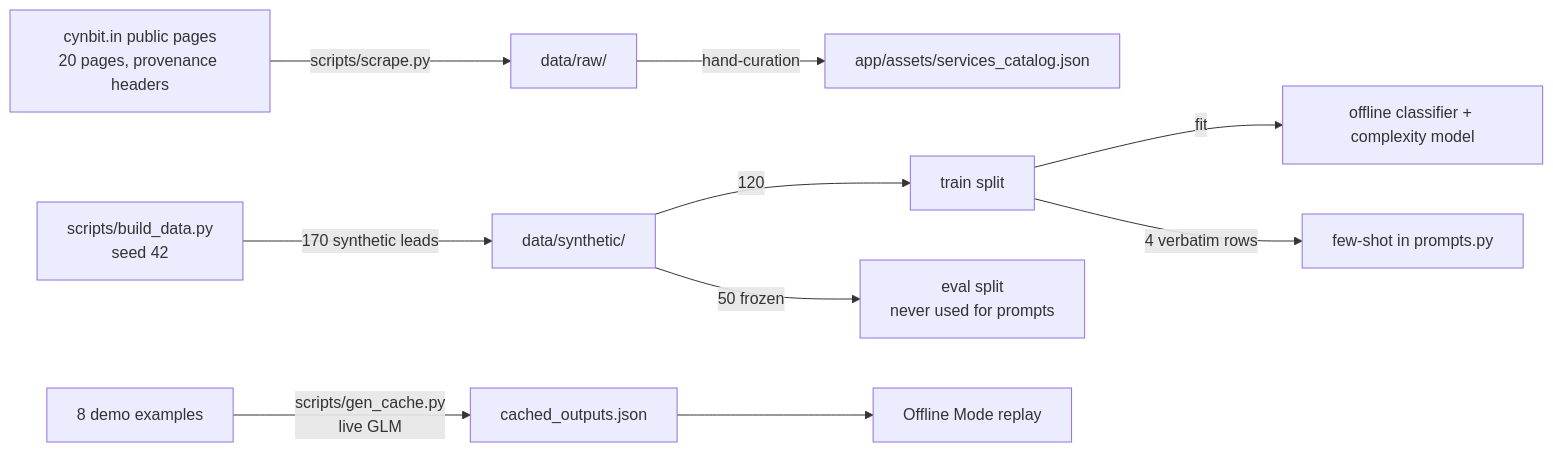
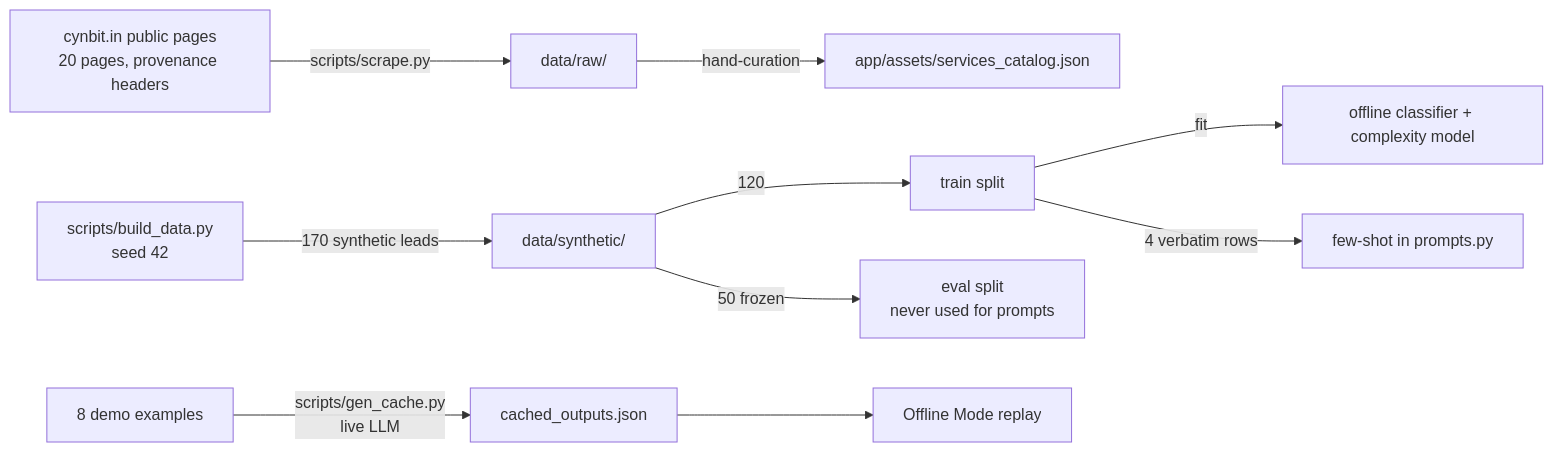
Before and after one commit to KritPrasad05/Cynbit_AI: the third of 6 diagrams in flow.md, drawn with Mermaid. The commit also changed other lines of this file and 20 other files, not shown here.

````diff
--- a/flow.md
+++ b/flow.md
@@ -55,12 +55,12 @@
 ```mermaid
 flowchart LR
     A[cynbit.in public pages<br/>20 pages, provenance headers] -->|scripts/scrape.py| B[data/raw/]
     B -->|hand-curation| C[app/assets/services_catalog.json]
     T[scripts/build_data.py<br/>seed 42] -->|170 synthetic leads| S[data/synthetic/]
     S -->|120| TR[train split]
     S -->|50 frozen| EV[eval split<br/>never used for prompts]
     TR -->|fit| CL[offline classifier + complexity model]
     TR -->|4 verbatim rows| FS[few-shot in prompts.py]
-    DEMO[8 demo examples] -->|scripts/gen_cache.py<br/>live GLM| CACHE[cached_outputs.json]
+    DEMO[8 demo examples] -->|scripts/gen_cache.py<br/>live LLM| CACHE[cached_outputs.json]
     CACHE --> OFF[Offline Mode replay]
 ```
````
